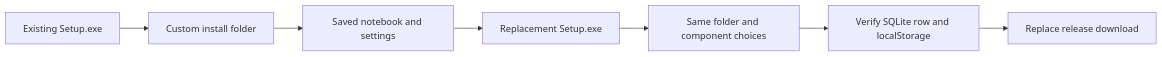
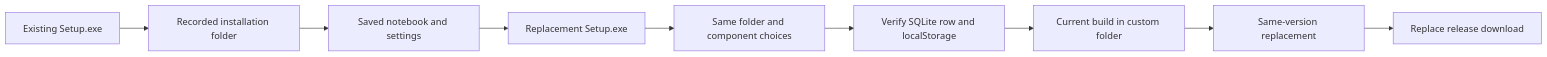
The diagram in PACKAGING.md (thd2020/phevere), drawn with Mermaid before and after one commit. The commit also changed other lines of this file and 3 other files, not shown here.

First line of the commit message:
fix(installer): preserve custom folder paths containing spaces

````diff
--- a/PACKAGING.md
+++ b/PACKAGING.md
@@ -13,9 +13,11 @@
 ```mermaid
 flowchart LR
-  A[Existing Setup.exe] --> B[Custom install folder]
+  A[Existing Setup.exe] --> B[Recorded installation folder]
   B --> C[Saved notebook and settings]
   C --> D[Replacement Setup.exe]
   D --> E[Same folder and component choices]
   E --> F[Verify SQLite row and localStorage]
-  F --> G[Replace release download]
+  F --> G[Current build in custom folder]
+  G --> H[Same-version replacement]
+  H --> I[Replace release download]
 ```
````
